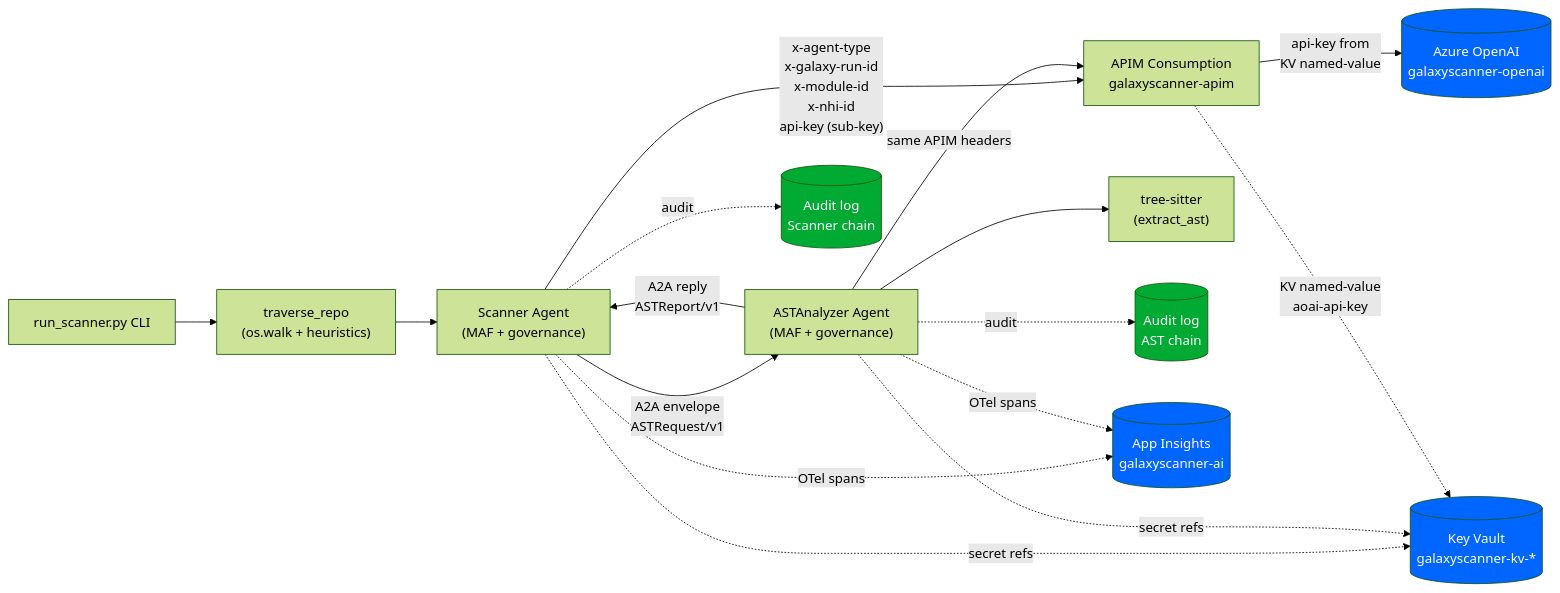
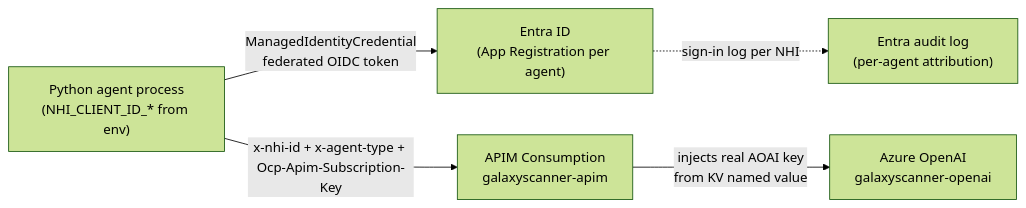
One commit to rlpatrao/agent-gov-sec changed the first of 11 diagrams in docs/architecture.md. Above: the diagram before and after it, drawn with Mermaid (forest theme). The commit also changed other lines of this file and 128 other files, not shown here.

````diff
--- a/docs/architecture.md
+++ b/docs/architecture.md
@@ -22,22 +77,12 @@
 ```mermaid
 flowchart LR
-  CLI["run_scanner.py CLI"] --> Walk["traverse_repo<br/>(os.walk + heuristics)"]
-  Walk --> Scanner["Scanner Agent<br/>(MAF + governance)"]
-  Scanner -->|"x-agent-type<br/>x-galaxy-run-id<br/>x-module-id<br/>x-nhi-id<br/>api-key (sub-key)"| APIM["APIM Consumption<br/>galaxyscanner-apim"]
-  APIM -->|"api-key from<br/>KV named-value"| AOAI[("Azure OpenAI<br/>galaxyscanner-openai")]
-  Scanner -->|"A2A envelope<br/>ASTRequest/v1"| AST["ASTAnalyzer Agent<br/>(MAF + governance)"]
-  AST --> Parser["tree-sitter<br/>(extract_ast)"]
-  AST -->|"same APIM headers"| APIM
-  AST -->|"A2A reply<br/>ASTReport/v1"| Scanner
+  Agent["Python agent process\n(NHI_CLIENT_ID_* from env)"]
+  Entra["Entra ID\n(App Registration per agent)"]
+  APIM["APIM Consumption\ngalaxyscanner-apim"]
+  AOAI["Azure OpenAI\ngalaxyscanner-openai"]
 
-  Scanner -. audit .-> SAud[("Audit log<br/>Scanner chain")]
-  AST -. audit .-> AAud[("Audit log<br/>AST chain")]
-  Scanner & AST -. OTel spans .-> AI[("App Insights<br/>galaxyscanner-ai")]
-  Scanner & AST -. secret refs .-> KV[("Key Vault<br/>galaxyscanner-kv-*")]
-  APIM -. KV named-value<br/>aoai-api-key .-> KV
-
-  classDef sink fill:#0a3,color:#fff;
-  classDef azure fill:#06f,color:#fff;
-  class AOAI,AI,KV azure
-  class SAud,AAud sink
+  Agent -->|"ManagedIdentityCredential\nfederated OIDC token"| Entra
+  Agent -->|"x-nhi-id + x-agent-type + Ocp-Apim-Subscription-Key"| APIM
+  APIM -->|"injects real AOAI key\nfrom KV named value"| AOAI
+  Entra -.->|"sign-in log per NHI"| EntraLog["Entra audit log\n(per-agent attribution)"]
 ```
````
